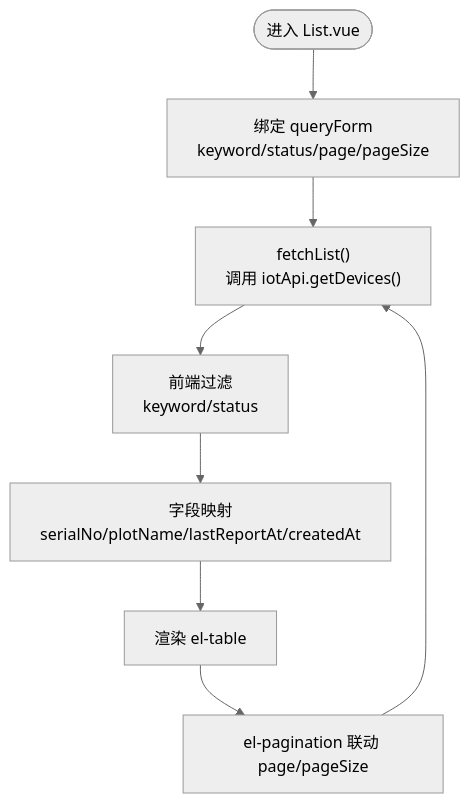
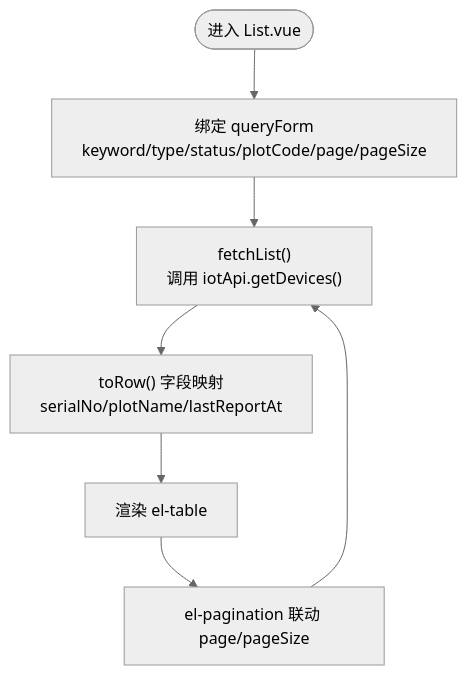
Before and after one commit to q446328246/agri-platform: the third of 9 diagrams in .qoder/repowiki/zh/content/前端应用文档/核心页面/设备监控页面/设备列表页面.md, drawn with Mermaid (neutral theme). The commit also changed other lines of this file and 39 other files, not shown here.

````diff
--- a/.qoder/repowiki/zh/content/前端应用文档/核心页面/设备监控页面/设备列表页面.md
+++ b/.qoder/repowiki/zh/content/前端应用文档/核心页面/设备监控页面/设备列表页面.md
@@ -132,10 +174,9 @@
 ```mermaid
 flowchart TD
-Start(["进入 List.vue"]) --> BindQuery["绑定 queryForm<br/>keyword/status/page/pageSize"]
+Start(["进入 List.vue"]) --> BindQuery["绑定 queryForm<br/>keyword/type/status/plotCode/page/pageSize"]
 BindQuery --> Fetch["fetchList()<br/>调用 iotApi.getDevices()"]
-Fetch --> Filter["前端过滤<br/>keyword/status"]
-Filter --> MapFields["字段映射<br/>serialNo/plotName/lastReportAt/createdAt"]
+Fetch --> MapFields["toRow() 字段映射<br/>serialNo/plotName/lastReportAt"]
 MapFields --> RenderTable["渲染 el-table"]
 RenderTable --> Pagination["el-pagination 联动 page/pageSize"]
 Pagination --> Fetch
 ```
````
